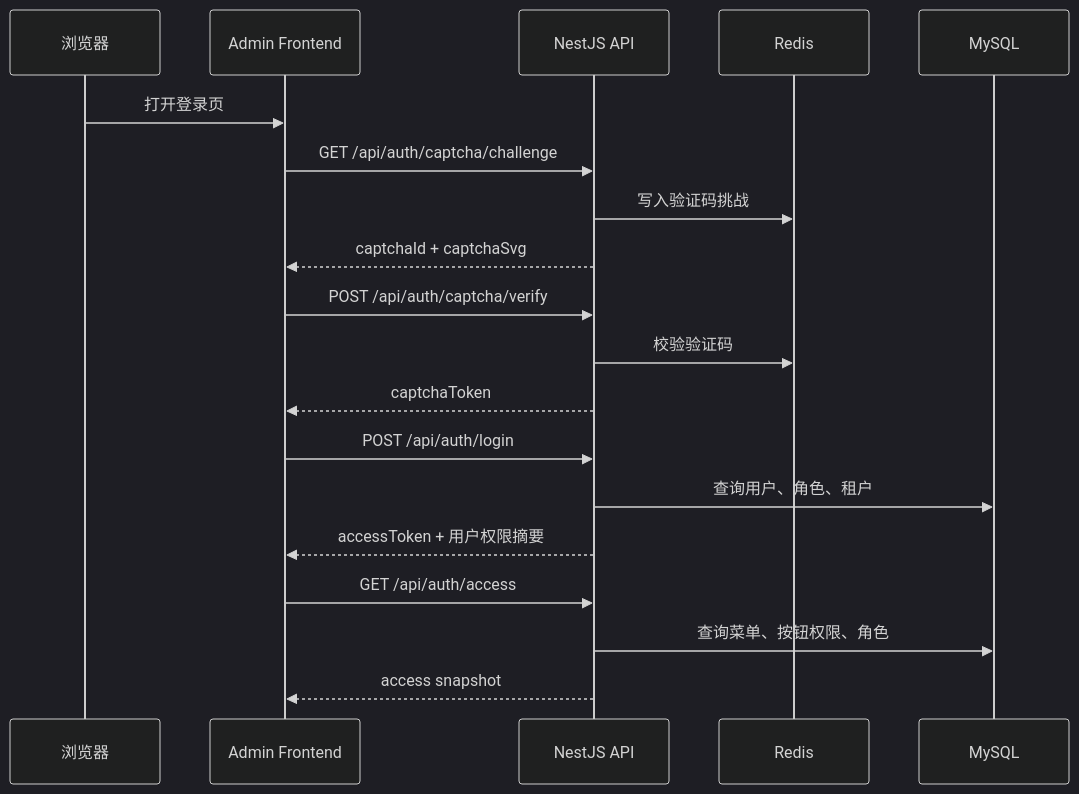
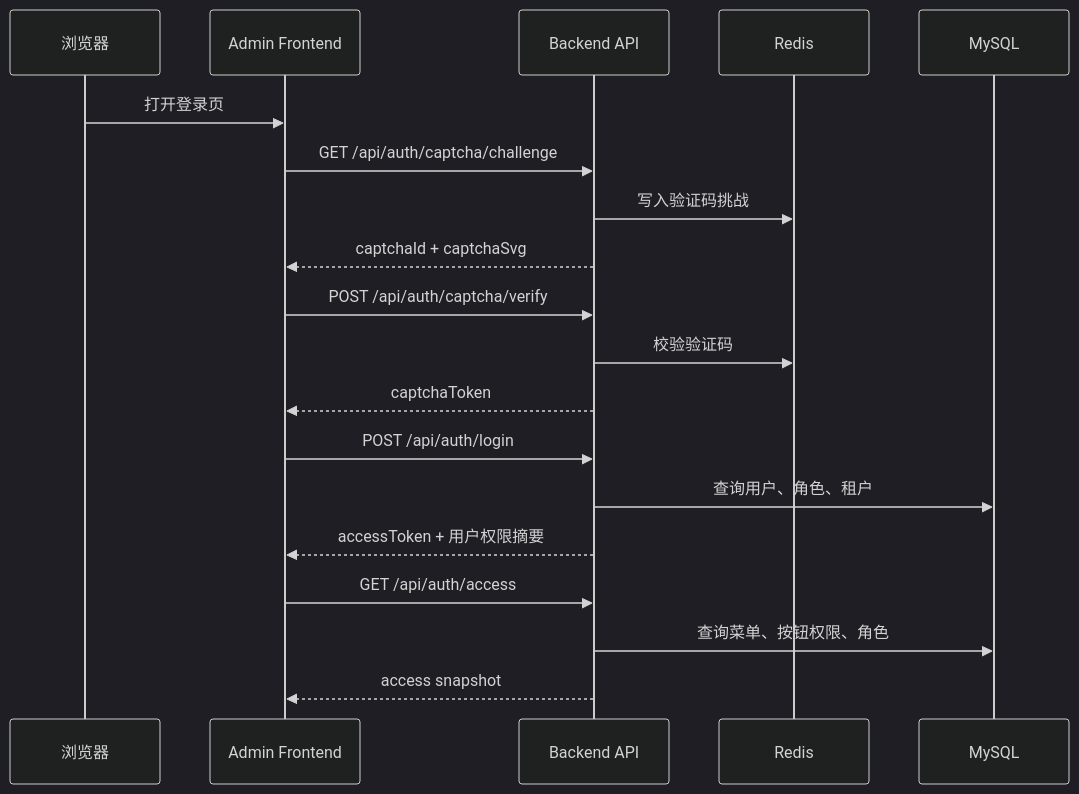
One commit to Liu-code3/luckyColor-docs changed the second of 2 diagrams in architecture/overview.md. Above: the diagram before and after it, drawn with Mermaid (dark theme). The commit also changed other lines of this file and 24 other files, not shown here.

````diff
--- a/architecture/overview.md
+++ b/architecture/overview.md
@@ -59,22 +60,22 @@
 ```mermaid
 sequenceDiagram
     participant Browser as 浏览器
     participant Frontend as Admin Frontend
-    participant Backend as NestJS API
+    participant Backend as Backend API
     participant Redis as Redis
     participant DB as MySQL
 
     Browser->>Frontend: 打开登录页
     Frontend->>Backend: GET /api/auth/captcha/challenge
     Backend->>Redis: 写入验证码挑战
     Backend-->>Frontend: captchaId + captchaSvg
     Frontend->>Backend: POST /api/auth/captcha/verify
     Backend->>Redis: 校验验证码
     Backend-->>Frontend: captchaToken
     Frontend->>Backend: POST /api/auth/login
     Backend->>DB: 查询用户、角色、租户
     Backend-->>Frontend: accessToken + 用户权限摘要
     Frontend->>Backend: GET /api/auth/access
     Backend->>DB: 查询菜单、按钮权限、角色
     Backend-->>Frontend: access snapshot
 ```
````
